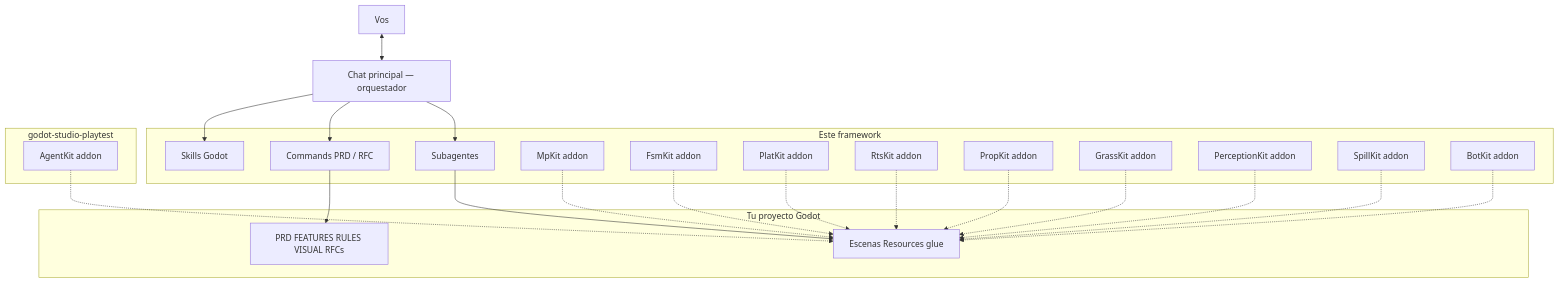
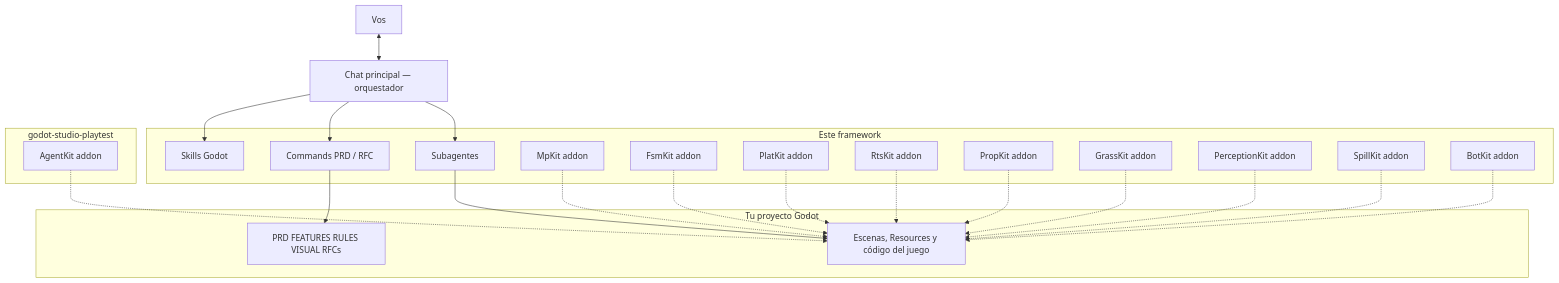
The first of 4 diagrams in docs/architecture.md (Joelnicolass/godot-studio-skills), drawn with Mermaid before and after one commit. The commit also changed other lines of this file and 317 other files, not shown here.

````diff
--- a/docs/architecture.md
+++ b/docs/architecture.md
@@ -9,47 +9,47 @@
 ```mermaid
 flowchart TB
   you[Vos]
   orch[Chat principal — orquestador]
 
   you <--> orch
 
   subgraph kit [Este framework]
     skills[Skills Godot]
     cmds[Commands PRD / RFC]
     agents[Subagentes]
     mpkit[MpKit addon]
     fsmkit[FsmKit addon]
     platkit[PlatKit addon]
     rtskit[RtsKit addon]
     propkit[PropKit addon]
     grasskit[GrassKit addon]
     perceptionkit[PerceptionKit addon]
     spillkit[SpillKit addon]
     botkit[BotKit addon]
   end
 
   subgraph playtest [godot-studio-playtest]
     agentkit[AgentKit addon]
   end
 
   subgraph game [Tu proyecto Godot]
     arts[PRD FEATURES RULES VISUAL RFCs]
-    code[Escenas Resources glue]
+    code["Escenas, Resources y código del juego"]
   end
 
   orch --> skills
   orch --> cmds
   cmds --> arts
   orch --> agents
   agents --> code
   mpkit -.-> code
   agentkit -.-> code
   fsmkit -.-> code
   platkit -.-> code
   rtskit -.-> code
   propkit -.-> code
   grasskit -.-> code
   perceptionkit -.-> code
   spillkit -.-> code
   botkit -.-> code
 ```
````
